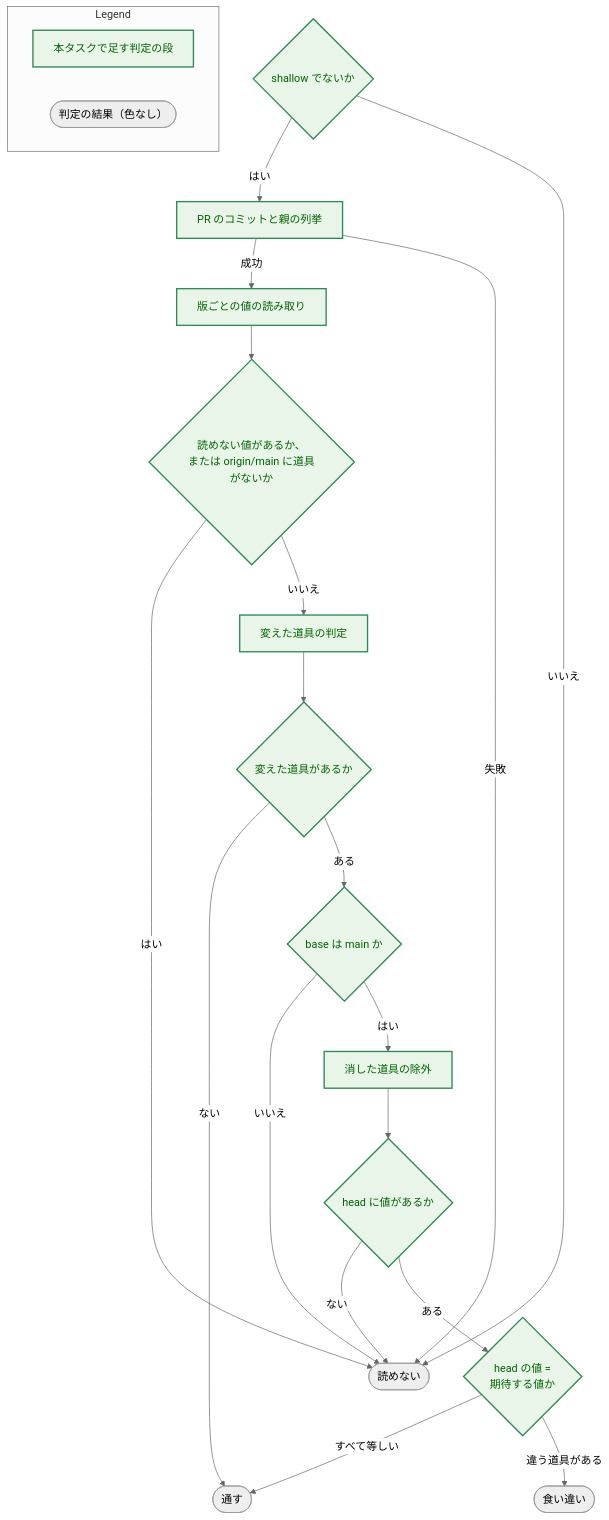
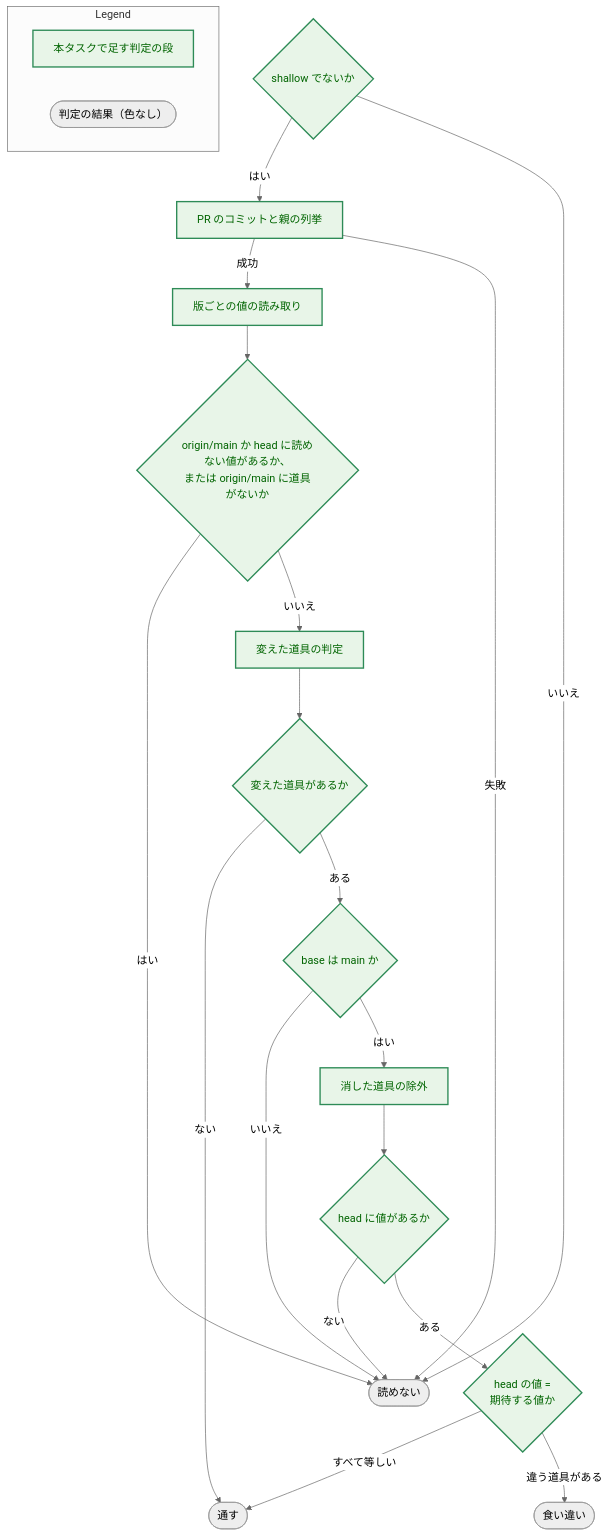
The fourth of 4 diagrams in docs/tasks/0099_protocol_number_rule/02_architecture.md (isseis/yt2column), drawn with Mermaid (neutral theme) before and after one commit. The commit also changed other lines of this file and 1 other file, not shown here.

First line of the commit message:
docs(0099): address the Fable review of the architecture

````diff
--- a/docs/tasks/0099_protocol_number_rule/02_architecture.md
+++ b/docs/tasks/0099_protocol_number_rule/02_architecture.md
@@ -422,44 +431,44 @@
 ```mermaid
 flowchart TD
     classDef enhanced fill:#e8f5e8,stroke:#2e8b57,stroke-width:2px,color:#006400;
 
     S{"shallow でないか"}
     L["PR のコミットと親の列挙"]
     R["版ごとの値の読み取り"]
-    U{"読めない値があるか、<br>または origin/main に道具がないか"}
+    U{"origin/main か head に読めない値があるか、<br>または origin/main に道具がないか"}
     C["変えた道具の判定"]
     N{"変えた道具があるか"}
     B{"base は main か"}
     D["消した道具の除外"]
     H{"head に値があるか"}
     E{"head の値 =<br>期待する値か"}
     PASS(["通す"])
     MIS(["食い違い"])
     UNR(["読めない"])
 
     S -->|"はい"| L
     S -->|"いいえ"| UNR
     L -->|"成功"| R
     L -->|"失敗"| UNR
     R --> U
     U -->|"はい"| UNR
     U -->|"いいえ"| C
     C --> N
     N -->|"ない"| PASS
     N -->|"ある"| B
     B -->|"いいえ"| UNR
     B -->|"はい"| D
     D --> H
     H -->|"ない"| UNR
     H -->|"ある"| E
     E -->|"すべて等しい"| PASS
     E -->|"違う道具がある"| MIS
 
     class S,L,R,C,D,U,N,B,H,E enhanced
 
     subgraph Legend["Legend"]
         L1["本タスクで足す判定の段"]
         L2(["判定の結果（色なし）"])
     end
     class L1 enhanced
 ```
````
